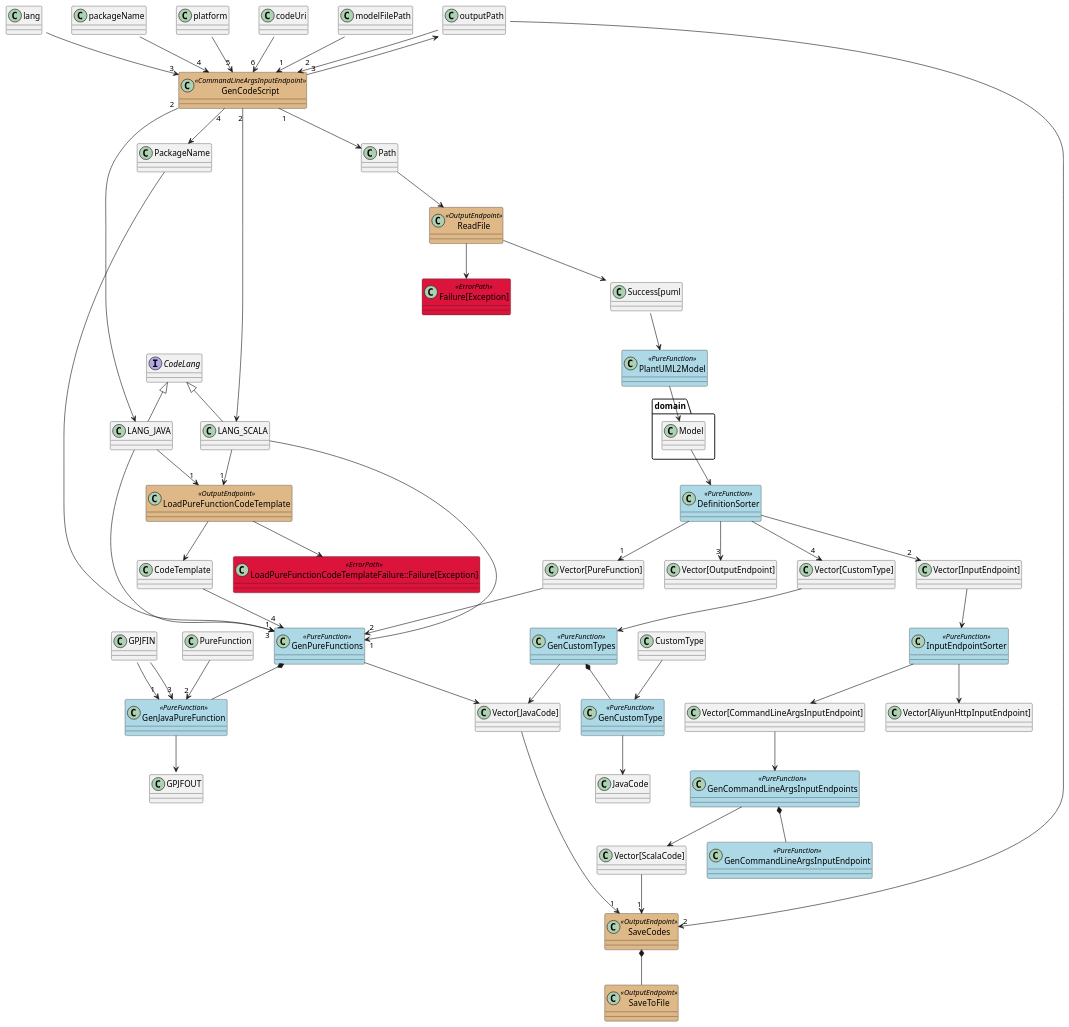
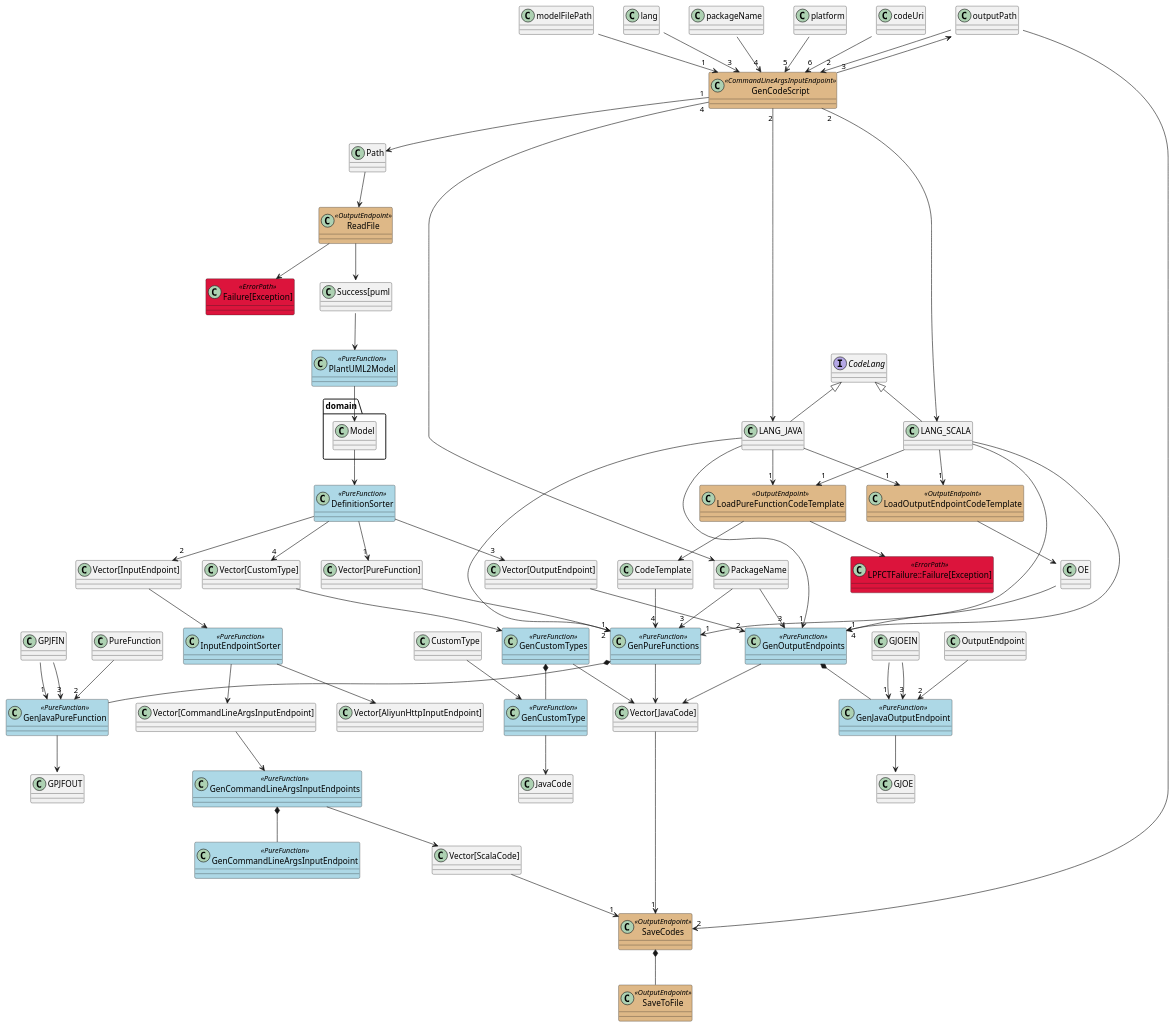
Before and after one commit to notyy/TypeFlow: the diagram in typeflow/tooling/GenCode.puml, drawn with PlantUML.

Commit message:
add support for output endpoint

```diff
--- a/typeflow/tooling/GenCode.puml
+++ b/typeflow/tooling/GenCode.puml
@@ -1,84 +1,101 @@
 @startuml
 skinparam class {
 	BackgroundColor<<CommandLineInputEndpoint>> BurlyWood
 	BackgroundColor<<CommandLineArgsInputEndpoint>> BurlyWood
 	BackgroundColor<<AliyunHttpInputEndpoint>> BurlyWood
 	BackgroundColor<<OutputEndpoint>> BurlyWood
 	BackgroundColor<<PureFunction>> LightBlue
 	BackgroundColor<<AlternativePath>> LightGrey
 	BackgroundColor<<ErrorPath>> Crimson
 }
 
 class GenCodeScript <<CommandLineArgsInputEndpoint>>
 class ReadFile <<OutputEndpoint>>
 class PlantUML2Model <<PureFunction>>
 class GenPureFunctions <<PureFunction>>
 class GenJavaPureFunction <<PureFunction>>
+class GenOutputEndpoints <<PureFunction>>
+class GenJavaOutputEndpoint <<PureFunction>>
 class GenCommandLineArgsInputEndpoints <<PureFunction>>
 class GenCommandLineArgsInputEndpoint <<PureFunction>>
 class GenCustomTypes <<PureFunction>>
 class GenCustomType <<PureFunction>>
 class DefinitionSorter <<PureFunction>>
 class InputEndpointSorter <<PureFunction>>
 class SaveCodes <<OutputEndpoint>>
 class SaveToFile <<OutputEndpoint>>
 class "Failure[Exception]" <<ErrorPath>>
-class "LoadPureFunctionCodeTemplateFailure::Failure[Exception]" <<ErrorPath>>
+class "LPFCTFailure::Failure[Exception]" <<ErrorPath>>
 class LoadPureFunctionCodeTemplate <<OutputEndpoint>>
+class LoadOutputEndpointCodeTemplate <<OutputEndpoint>>
 interface CodeLang
 CodeLang <|-- LANG_JAVA
 CodeLang <|-- LANG_SCALA
 
 modelFilePath::String --> "1" GenCodeScript
 outputPath::String --> "2" GenCodeScript
 lang::String --> "3" GenCodeScript
 packageName::String --> "4" GenCodeScript
 platform::String --> "5" GenCodeScript
 codeUri::String --> "6" GenCodeScript
 GenCodeScript "1" --> Path
 GenCodeScript "2" --> LANG_JAVA
 GenCodeScript "2" --> LANG_SCALA
 GenCodeScript "3" --> outputPath::Path
 GenCodeScript "4" --> PackageName
 
 LANG_JAVA -> "1" GenPureFunctions
 LANG_SCALA -> "1" GenPureFunctions
 LANG_JAVA --> "1" LoadPureFunctionCodeTemplate
 LANG_SCALA --> "1" LoadPureFunctionCodeTemplate
+LANG_JAVA -> "1" GenOutputEndpoints
+LANG_SCALA -> "1" GenOutputEndpoints
+LANG_JAVA --> "1" LoadOutputEndpointCodeTemplate
+LANG_SCALA --> "1" LoadOutputEndpointCodeTemplate
 LoadPureFunctionCodeTemplate --> CodeTemplate
-LoadPureFunctionCodeTemplate --> "LoadPureFunctionCodeTemplateFailure::Failure[Exception]"
+LoadPureFunctionCodeTemplate --> "LPFCTFailure::Failure[Exception]"
+LoadOutputEndpointCodeTemplate --> "OE::CodeTemplate"
 CodeTemplate --> "4" GenPureFunctions
+"OE::CodeTemplate" --> "4" GenOutputEndpoints
 Path --> ReadFile
 ReadFile --> "Success[puml::String]"
 ReadFile --> "Failure[Exception]"
 "Success[puml::String]" --> PlantUML2Model
 PlantUML2Model --> domain.Model
 domain.Model --> DefinitionSorter
 DefinitionSorter --> "1" "Vector[PureFunction]"
 DefinitionSorter --> "2" "Vector[InputEndpoint]"
 DefinitionSorter --> "3" "Vector[OutputEndpoint]"
 DefinitionSorter --> "4" "Vector[CustomType]"
 "Vector[InputEndpoint]" --> InputEndpointSorter
 InputEndpointSorter --> "Vector[CommandLineArgsInputEndpoint]"
 InputEndpointSorter --> "Vector[AliyunHttpInputEndpoint]"
 "Vector[PureFunction]" --> "2" GenPureFunctions
 "Vector[CustomType]" --> GenCustomTypes
 GenCustomTypes --> "Vector[JavaCode]"
 GenCustomTypes *-- GenCustomType
 CustomType --> GenCustomType
 GenCustomType --> JavaCode
 PackageName --> "3" GenPureFunctions
+PackageName --> "3" GenOutputEndpoints
 GenPureFunctions --> "Vector[JavaCode]"
 GenPureFunctions *-- GenJavaPureFunction
 GPJFIN::PackageName --> "1" GenJavaPureFunction
 PureFunction --> "2" GenJavaPureFunction
 GPJFIN::CodeTemplate --> "3" GenJavaPureFunction
 GenJavaPureFunction --> GPJFOUT::JavaCode
+"Vector[OutputEndpoint]" --> "2" GenOutputEndpoints
+GenOutputEndpoints --> "Vector[JavaCode]"
+GenOutputEndpoints *-- GenJavaOutputEndpoint
+GJOEIN::PackageName --> "1" GenJavaOutputEndpoint
+OutputEndpoint --> "2" GenJavaOutputEndpoint
+GJOEIN::CodeTemplate --> "3" GenJavaOutputEndpoint
+GenJavaOutputEndpoint --> GJOE::JavaCode
 "Vector[CommandLineArgsInputEndpoint]" --> GenCommandLineArgsInputEndpoints
 GenCommandLineArgsInputEndpoints --> "Vector[ScalaCode]"
 GenCommandLineArgsInputEndpoints *-- GenCommandLineArgsInputEndpoint
 "Vector[ScalaCode]" --> "1" SaveCodes
 "Vector[JavaCode]" --> "1" SaveCodes
 outputPath::Path --> "2" SaveCodes
 SaveCodes *-- SaveToFile
 @enduml
```
